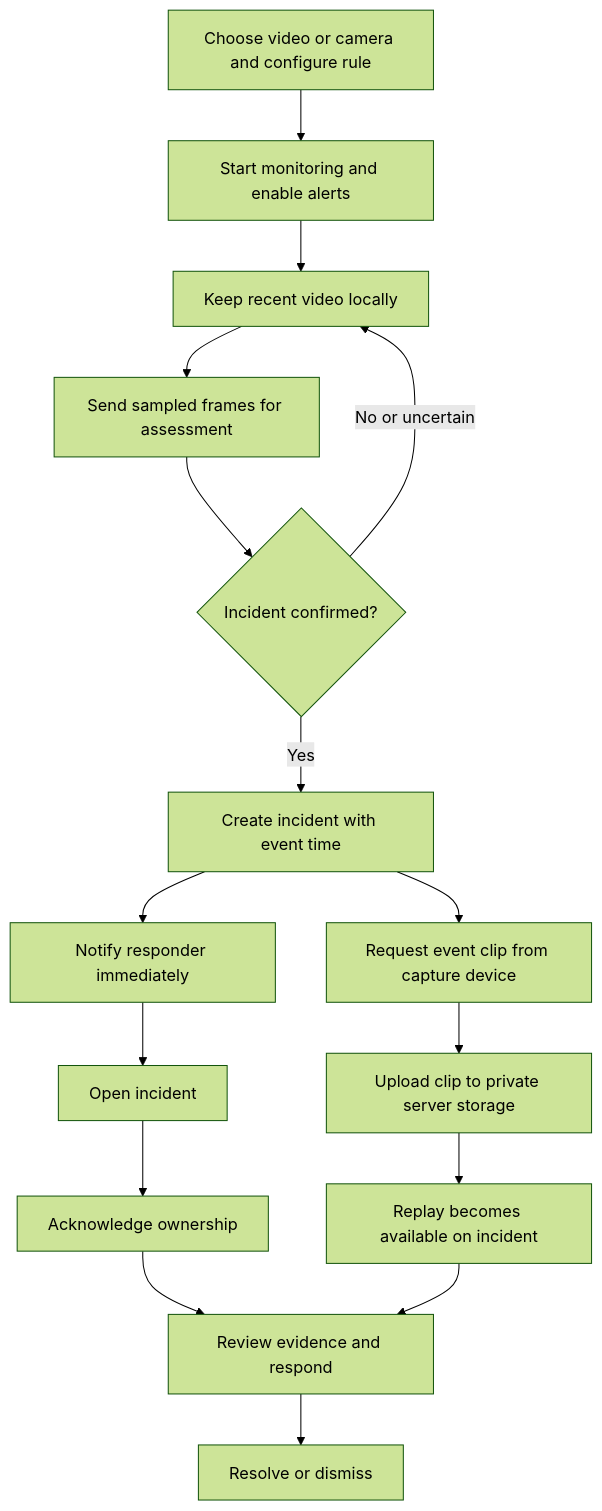
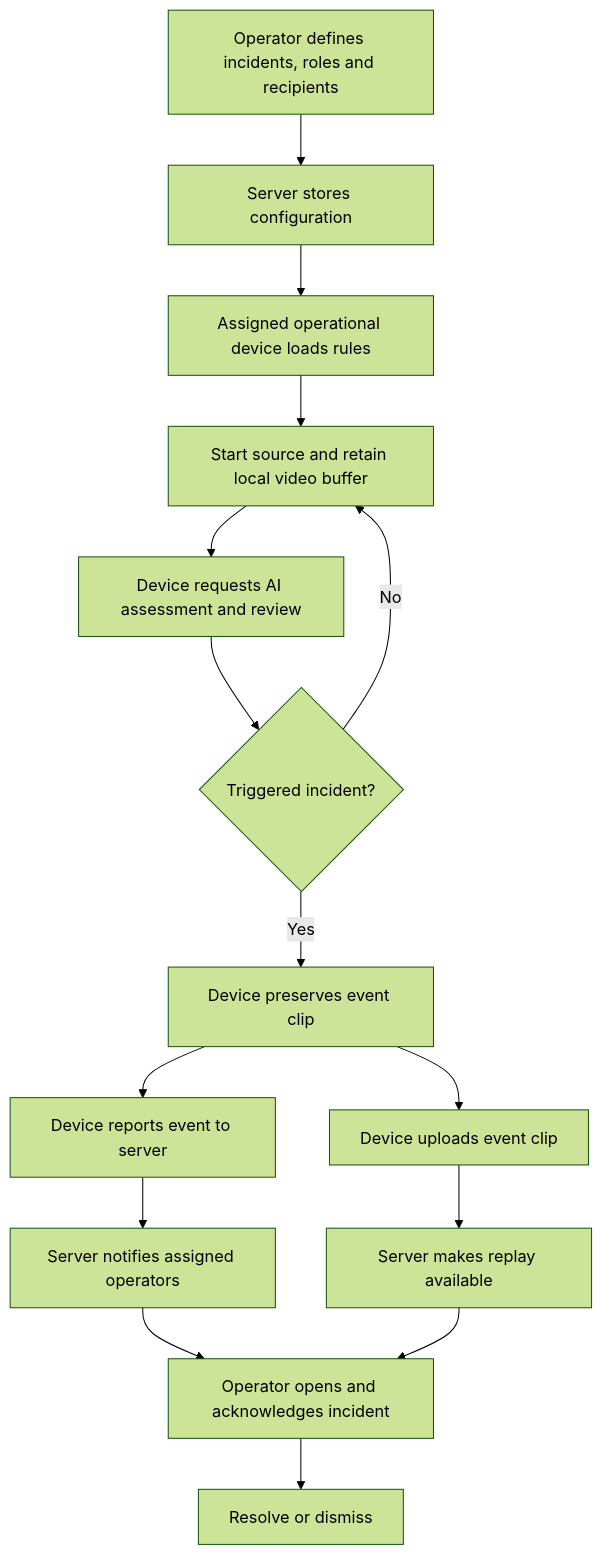
Before and after one commit to KenEzekiel/lookout-ai: the first of 2 diagrams in docs/architecture/design.md, drawn with Mermaid (forest theme). The commit also changed other lines of this file and 4 other files, not shown here.

Commit message:
docs: separate operator and operational-device clients

````diff
--- a/docs/architecture/design.md
+++ b/docs/architecture/design.md
@@ -15,18 +33,17 @@
 ```mermaid
 flowchart TD
-    Setup[Choose video or camera and configure rule] --> Start[Start monitoring and enable alerts]
-    Start --> Buffer[Keep recent video locally]
-    Buffer --> Sample[Send sampled frames for assessment]
-    Sample --> Confirm{Incident confirmed?}
-    Confirm -->|No or uncertain| Buffer
-    Confirm -->|Yes| Incident[Create incident with event time]
-    Incident --> Alert[Notify responder immediately]
-    Incident --> Clip[Request event clip from capture device]
-    Clip --> Upload[Upload clip to private server storage]
-    Upload --> Replay[Replay becomes available on incident]
-    Alert --> Open[Open incident]
-    Open --> Ack[Acknowledge ownership]
-    Ack --> Review[Review evidence and respond]
-    Replay --> Review
-    Review --> Finish[Resolve or dismiss]
+    Operator[Operator defines incidents, roles and recipients] --> Server[Server stores configuration]
+    Server --> Device[Assigned operational device loads rules]
+    Device --> Capture[Start source and retain local video buffer]
+    Capture --> Assess[Device requests AI assessment and review]
+    Assess --> Trigger{Triggered incident?}
+    Trigger -->|No| Capture
+    Trigger -->|Yes| Preserve[Device preserves event clip]
+    Preserve --> Report[Device reports event to server]
+    Report --> Notify[Server notifies assigned operators]
+    Preserve --> Upload[Device uploads event clip]
+    Upload --> Replay[Server makes replay available]
+    Notify --> Respond[Operator opens and acknowledges incident]
+    Replay --> Respond
+    Respond --> Close[Resolve or dismiss]
 ```
````
